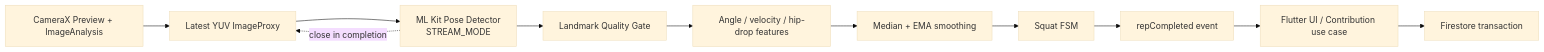
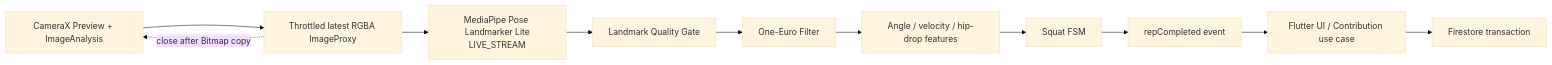
One commit to kren-team/MICHIZURE changed the first of 2 diagrams in docs/squat-detection.md. Above: the diagram before and after it, drawn with Mermaid (base theme). The commit also changed other lines of this file and 15 other files, not shown here.

````diff
--- a/docs/squat-detection.md
+++ b/docs/squat-detection.md
@@ -22,16 +22,16 @@
 ```mermaid
 flowchart LR
     Camera["CameraX Preview + ImageAnalysis"]
-    Frame["Latest YUV ImageProxy"]
-    ML["ML Kit Pose Detector<br/>STREAM_MODE"]
+    Frame["Throttled latest RGBA ImageProxy"]
+    ML["MediaPipe Pose Landmarker Lite<br/>LIVE_STREAM"]
     Quality["Landmark Quality Gate"]
+    Filter["One-Euro Filter"]
     Feature["Angle / velocity / hip-drop features"]
-    Smooth["Median + EMA smoothing"]
     FSM["Squat FSM"]
     Event["repCompleted event"]
     Flutter["Flutter UI / Contribution use case"]
     Firestore["Firestore transaction"]
 
-    Camera --> Frame --> ML --> Quality --> Feature --> Smooth --> FSM --> Event --> Flutter --> Firestore
-    ML -. close in completion .-> Frame
+    Camera --> Frame --> ML --> Quality --> Filter --> Feature --> FSM --> Event --> Flutter --> Firestore
+    Frame -. close after Bitmap copy .-> Camera
 ```
````
